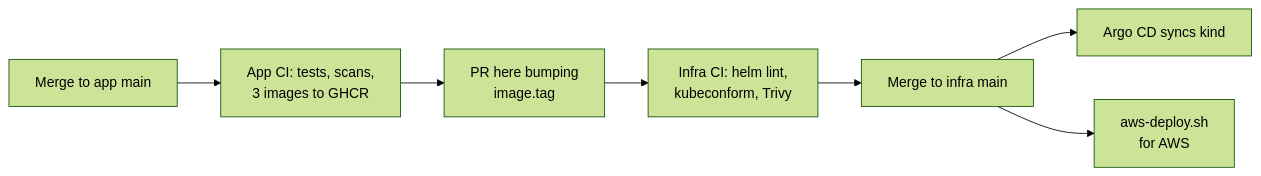
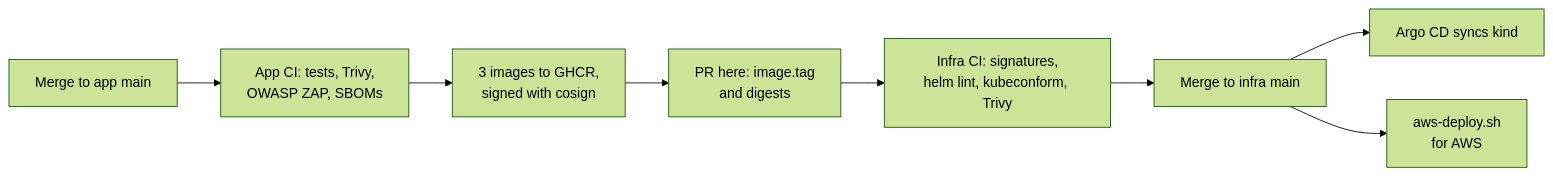
One commit to paighanutkarsh2410-lab/swiggy-devsecops-infra changed the second of 2 diagrams in README.md. Above: the diagram before and after it, drawn with Mermaid (forest theme). The commit also changed other lines of this file, not shown here.

Commit message:
README: signed images, digests and the signature check (#22)

````diff
--- a/README.md
+++ b/README.md
@@ -62,9 +62,10 @@
 ```mermaid
 flowchart LR
-    Merge[Merge to app main] --> CI[App CI: tests, scans,<br/>3 images to GHCR]
-    CI --> PR[PR here bumping<br/>image.tag]
-    PR --> Checks[Infra CI: helm lint,<br/>kubeconform, Trivy]
+    Merge[Merge to app main] --> CI[App CI: tests, Trivy,<br/>OWASP ZAP, SBOMs]
+    CI --> Sign[3 images to GHCR,<br/>signed with cosign]
+    Sign --> PR[PR here: image.tag<br/>and digests]
+    PR --> Checks[Infra CI: signatures,<br/>helm lint, kubeconform, Trivy]
     Checks --> Main[Merge to infra main]
     Main --> Argo[Argo CD syncs kind]
     Main --> AWS[aws-deploy.sh<br/>for AWS]
 ```
````
